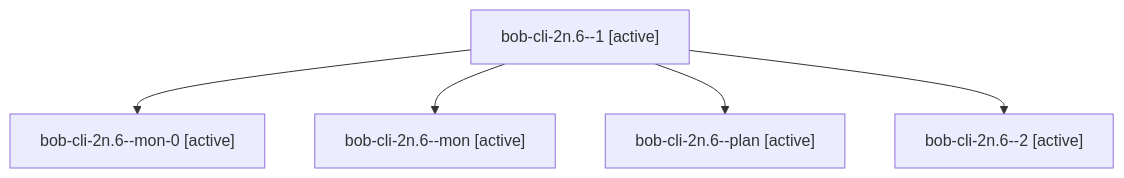
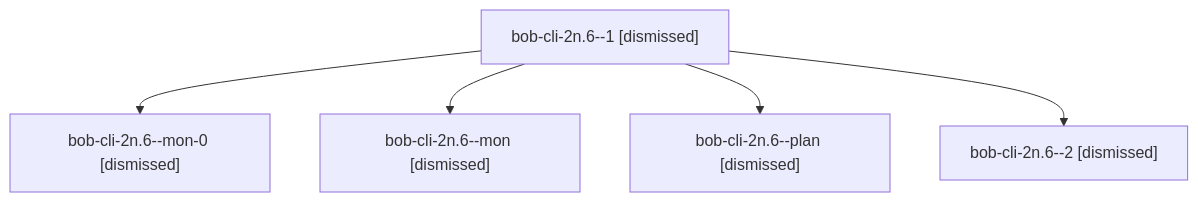
One commit to bobs-org/bob-cli--agents changed the diagram in sessions/bbugyi200.apollo.bob-cli-2n.6.md. Above: the diagram before and after it, drawn with Mermaid. The commit also changed other lines of this file and 135 other files, not shown here.

````diff
--- a/sessions/bbugyi200.apollo.bob-cli-2n.6.md
+++ b/sessions/bbugyi200.apollo.bob-cli-2n.6.md
@@ -9,12 +9,12 @@
 ```mermaid
 flowchart TD
-  n0["bob-cli-2n.6--1 [active]"]
-  n1["bob-cli-2n.6--mon-0 [active]"]
+  n0["bob-cli-2n.6--1 [dismissed]"]
+  n1["bob-cli-2n.6--mon-0 [dismissed]"]
   n0 --> n1
-  n2["bob-cli-2n.6--mon [active]"]
+  n2["bob-cli-2n.6--mon [dismissed]"]
   n0 --> n2
-  n3["bob-cli-2n.6--plan [active]"]
+  n3["bob-cli-2n.6--plan [dismissed]"]
   n0 --> n3
-  n4["bob-cli-2n.6--2 [active]"]
+  n4["bob-cli-2n.6--2 [dismissed]"]
   n0 --> n4
 ```
````
